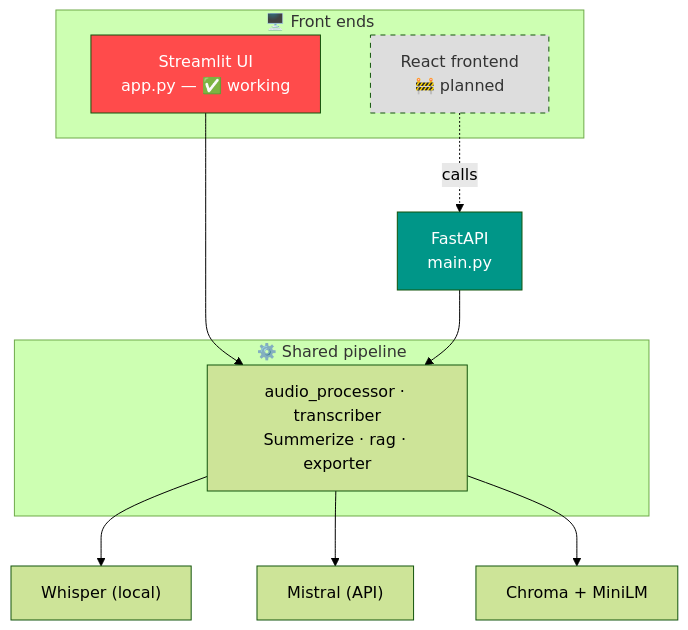
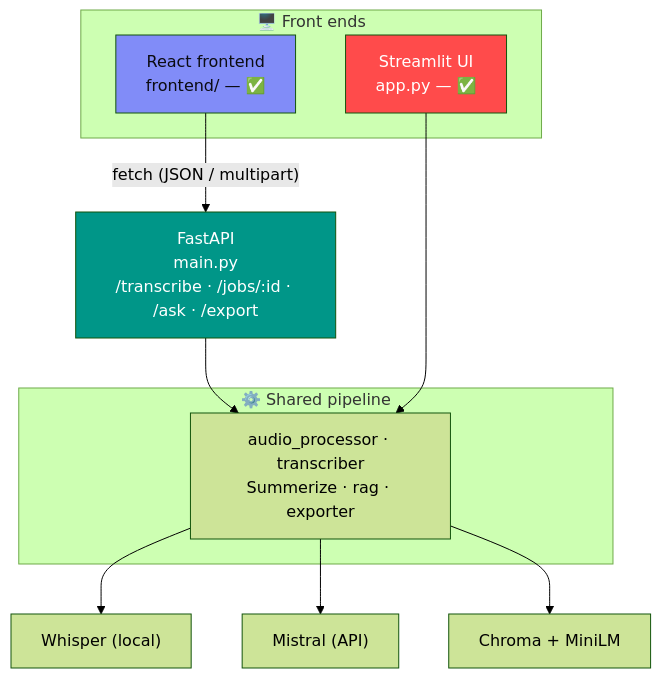
The third of 3 diagrams in README.md (Pandeyycodes/meeting-assistant), drawn with Mermaid (forest theme) before and after one commit. The commit also changed other lines of this file and 5 other files, not shown here.

First line of the commit message:
Update README: React frontend screenshots, refreshed diagrams

````diff
--- a/README.md
+++ b/README.md
@@ -93,25 +111,25 @@
 ```mermaid
 flowchart TD
     subgraph CLIENTS["🖥️ Front ends"]
-        S["Streamlit UI<br/>app.py — ✅ working"]
-        R["React frontend<br/>🚧 planned"]
+        R["React frontend<br/>frontend/ — ✅"]
+        S["Streamlit UI<br/>app.py — ✅"]
     end
+
+    API["FastAPI<br/>main.py<br/>/transcribe · /jobs/:id · /ask · /export"]
 
     subgraph CORE["⚙️ Shared pipeline"]
         PIPE["audio_processor · transcriber<br/>Summerize · rag · exporter"]
     end
 
-    API["FastAPI<br/>main.py"]
-
+    R -- "fetch (JSON / multipart)" --> API
+    API --> PIPE
     S --> PIPE
-    R -.calls.-> API
-    API --> PIPE
 
     PIPE --> W["Whisper (local)"]
     PIPE --> MI["Mistral (API)"]
     PIPE --> CH["Chroma + MiniLM"]
 
+    style R fill:#818cf8,color:#0b0b12
     style S fill:#FF4B4B,color:#fff
     style API fill:#009688,color:#fff
-    style R fill:#dddddd,color:#333333,stroke-dasharray: 5 5
 ```
````
